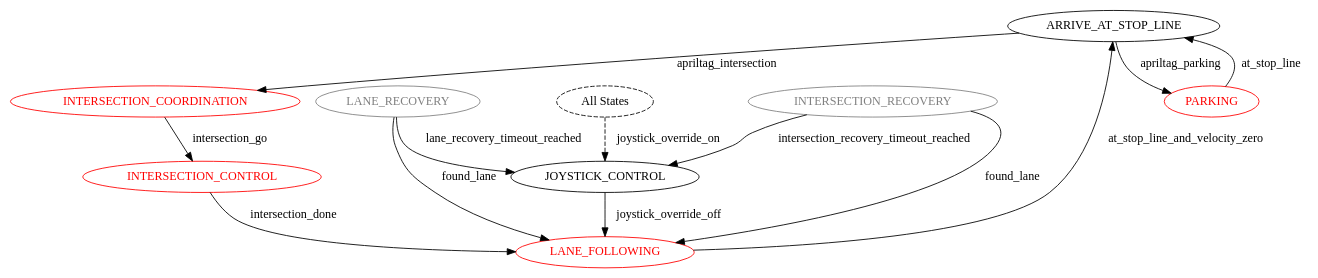
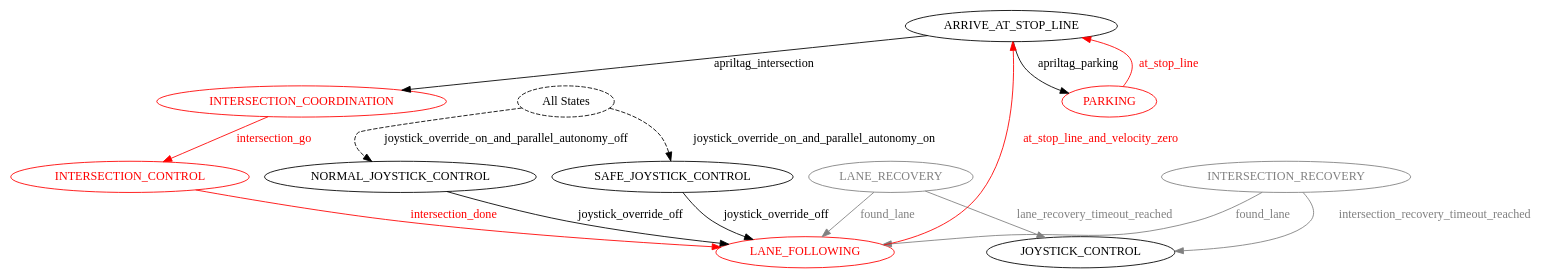
One commit to spadma3/duck changed the diagram in catkin_ws/src/00-infrastructure/ros_diagram/fsm_default.dot. Above: the diagram before and after it, drawn with Graphviz. The commit also changed 5 other files, not shown here.

```diff
--- a/catkin_ws/src/00-infrastructure/ros_diagram/fsm_default.dot
+++ b/catkin_ws/src/00-infrastructure/ros_diagram/fsm_default.dot
@@ -1,24 +1,27 @@
 // default.yaml
 digraph {
 	ARRIVE_AT_STOP_LINE [label=ARRIVE_AT_STOP_LINE color=black fontcolor=black]
 	INTERSECTION_CONTROL [label=INTERSECTION_CONTROL color=red fontcolor=red]
 	INTERSECTION_COORDINATION [label=INTERSECTION_COORDINATION color=red fontcolor=red]
 	LANE_RECOVERY [label=LANE_RECOVERY color=gray fontcolor=gray]
-	JOYSTICK_CONTROL [label=JOYSTICK_CONTROL color=black fontcolor=black]
+	NORMAL_JOYSTICK_CONTROL [label=NORMAL_JOYSTICK_CONTROL color=black fontcolor=black]
+	SAFE_JOYSTICK_CONTROL [label=SAFE_JOYSTICK_CONTROL color=black fontcolor=black]
 	INTERSECTION_RECOVERY [label=INTERSECTION_RECOVERY color=gray fontcolor=gray]
 	PARKING [label=PARKING color=red fontcolor=red]
 	LANE_FOLLOWING [label=LANE_FOLLOWING color=red fontcolor=red]
-	ARRIVE_AT_STOP_LINE -> INTERSECTION_COORDINATION [label=apriltag_intersection]
-	ARRIVE_AT_STOP_LINE -> PARKING [label=apriltag_parking]
-	INTERSECTION_CONTROL -> LANE_FOLLOWING [label=intersection_done]
-	INTERSECTION_COORDINATION -> INTERSECTION_CONTROL [label=intersection_go]
-	LANE_RECOVERY -> JOYSTICK_CONTROL [label=lane_recovery_timeout_reached]
-	LANE_RECOVERY -> LANE_FOLLOWING [label=found_lane]
-	JOYSTICK_CONTROL -> LANE_FOLLOWING [label=joystick_override_off]
-	INTERSECTION_RECOVERY -> JOYSTICK_CONTROL [label=intersection_recovery_timeout_reached]
-	INTERSECTION_RECOVERY -> LANE_FOLLOWING [label=found_lane]
-	PARKING -> ARRIVE_AT_STOP_LINE [label=at_stop_line]
-	LANE_FOLLOWING -> ARRIVE_AT_STOP_LINE [label=at_stop_line_and_velocity_zero]
+	ARRIVE_AT_STOP_LINE -> INTERSECTION_COORDINATION [label=apriltag_intersection color=black fontcolor=black]
+	ARRIVE_AT_STOP_LINE -> PARKING [label=apriltag_parking color=black fontcolor=black]
+	INTERSECTION_CONTROL -> LANE_FOLLOWING [label=intersection_done color=red fontcolor=red]
+	INTERSECTION_COORDINATION -> INTERSECTION_CONTROL [label=intersection_go color=red fontcolor=red]
+	LANE_RECOVERY -> JOYSTICK_CONTROL [label=lane_recovery_timeout_reached color=gray fontcolor=gray]
+	LANE_RECOVERY -> LANE_FOLLOWING [label=found_lane color=gray fontcolor=gray]
+	NORMAL_JOYSTICK_CONTROL -> LANE_FOLLOWING [label=joystick_override_off color=black fontcolor=black]
+	SAFE_JOYSTICK_CONTROL -> LANE_FOLLOWING [label=joystick_override_off color=black fontcolor=black]
+	INTERSECTION_RECOVERY -> JOYSTICK_CONTROL [label=intersection_recovery_timeout_reached color=gray fontcolor=gray]
+	INTERSECTION_RECOVERY -> LANE_FOLLOWING [label=found_lane color=gray fontcolor=gray]
+	PARKING -> ARRIVE_AT_STOP_LINE [label=at_stop_line color=red fontcolor=red]
+	LANE_FOLLOWING -> ARRIVE_AT_STOP_LINE [label=at_stop_line_and_velocity_zero color=red fontcolor=red]
 	ALL_STATES [label="All States" style=dashed]
-	ALL_STATES -> JOYSTICK_CONTROL [label=joystick_override_on concentrate=false style=dashed]
+	ALL_STATES -> NORMAL_JOYSTICK_CONTROL [label=joystick_override_on_and_parallel_autonomy_off concentrate=false style=dashed]
+	ALL_STATES -> SAFE_JOYSTICK_CONTROL [label=joystick_override_on_and_parallel_autonomy_on concentrate=false style=dashed]
 }
```
